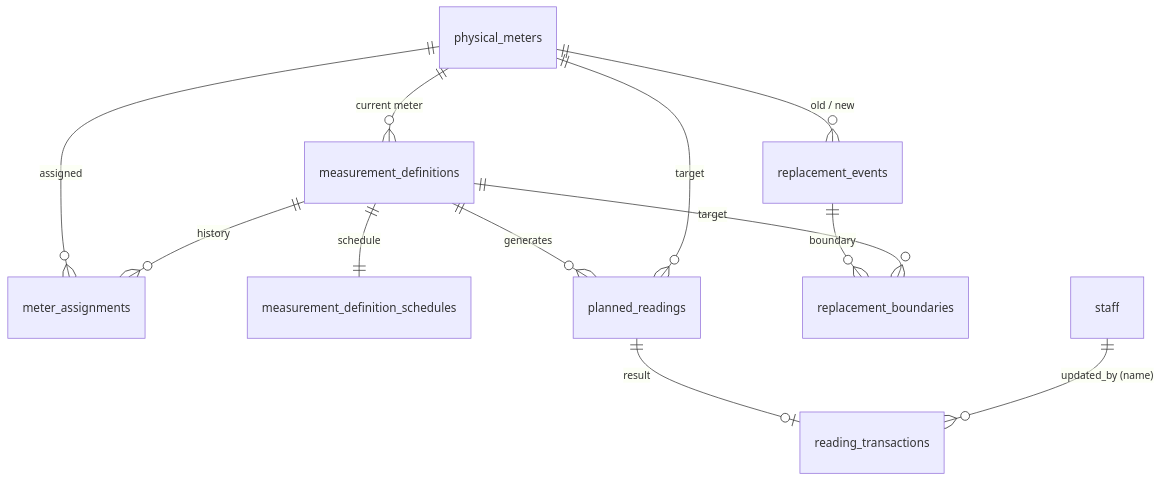
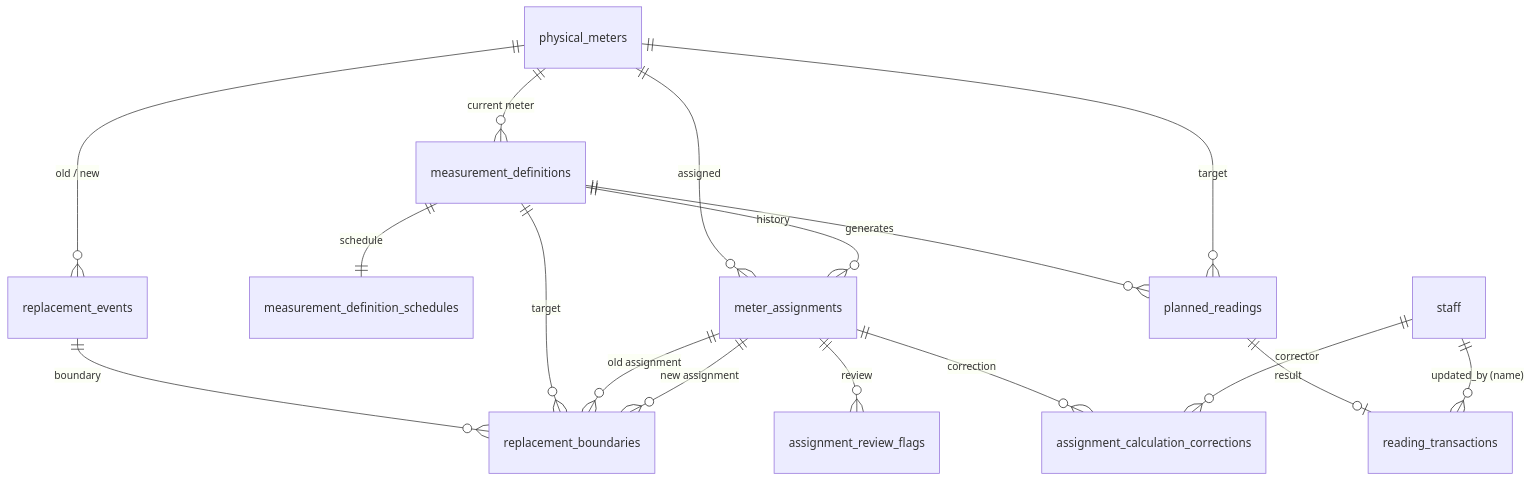
Before and after one commit to sho-kawasaki-dd/meter-reading-app-mini: the second of 2 diagrams in docs/plan/ローカル検針管理アプリ開発計画書.md, drawn with Mermaid. The commit also changed other lines of this file and 3 other files, not shown here.

First line of the commit message:
feat: Update database schema to version 3 with new tables and relationships

````diff
--- a/docs/plan/ローカル検針管理アプリ開発計画書.md
+++ b/docs/plan/ローカル検針管理アプリ開発計画書.md
@@ -144,14 +144,19 @@
 ```mermaid
 erDiagram
     physical_meters ||--o{ measurement_definitions : "current meter"
     physical_meters ||--o{ meter_assignments : assigned
     measurement_definitions ||--|| measurement_definition_schedules : schedule
     measurement_definitions ||--o{ meter_assignments : history
     measurement_definitions ||--o{ planned_readings : generates
     physical_meters ||--o{ planned_readings : target
     planned_readings ||--o| reading_transactions : result
     physical_meters ||--o{ replacement_events : "old / new"
     replacement_events ||--o{ replacement_boundaries : boundary
     measurement_definitions ||--o{ replacement_boundaries : target
+    meter_assignments ||--o{ replacement_boundaries : "old assignment"
+    meter_assignments ||--o{ replacement_boundaries : "new assignment"
+    meter_assignments ||--o{ assignment_review_flags : review
+    meter_assignments ||--o{ assignment_calculation_corrections : correction
+    staff ||--o{ assignment_calculation_corrections : corrector
     staff ||--o{ reading_transactions : "updated_by (name)"
 ```
````
